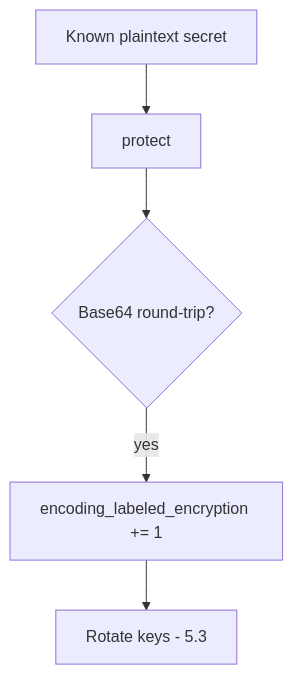
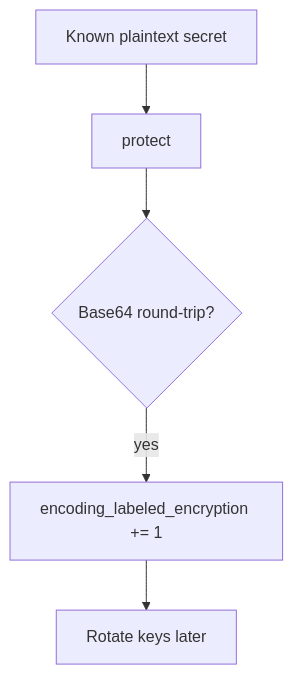
Before and after one commit to ishitvagoel/LearnSecurity: the diagram in content/modules/5/5.2/lessons/06-operate.md, drawn with Mermaid. The commit also changed other lines of this file and 39 other files, not shown here.

````diff
--- a/content/modules/5/5.2/lessons/06-operate.md
+++ b/content/modules/5/5.2/lessons/06-operate.md
@@ -13,7 +16,7 @@
 ```mermaid
 flowchart TD
   Sample[Known plaintext secret] --> Out[protect]
   Out --> B64{"Base64 round-trip?"}
   B64 -->|yes| Metric["encoding_labeled_encryption += 1"]
-  Metric --> Rotate["Rotate keys - 5.3"]
+  Metric --> Rotate[Rotate keys later]
 ```
````
